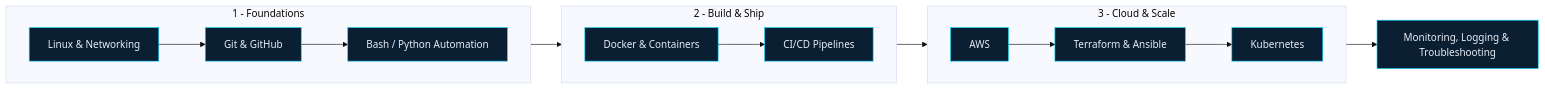
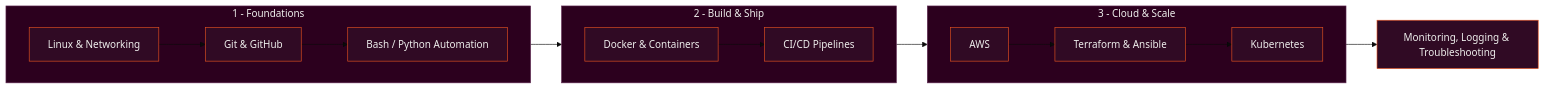
One commit to numaaannn/numaaannn changed the diagram in README.md. Above: the diagram before and after it, drawn with Mermaid (base theme). The commit also changed other lines of this file, not shown here.

````diff
--- a/README.md
+++ b/README.md
@@ -39,21 +39,24 @@
 ```mermaid
 flowchart LR
     subgraph S1["1 - Foundations"]
         direction LR
         A["Linux & Networking"] --> B["Git & GitHub"] --> C["Bash / Python Automation"]
     end
     subgraph S2["2 - Build & Ship"]
         direction LR
         D["Docker & Containers"] --> E["CI/CD Pipelines"]
     end
     subgraph S3["3 - Cloud & Scale"]
         direction LR
         F["AWS"] --> G["Terraform & Ansible"] --> H["Kubernetes"]
     end
     I["Monitoring, Logging & Troubleshooting"]
 
     S1 --> S2 --> S3 --> I
 
-    classDef node fill:#0B1F33,stroke:#00D4FF,color:#E6EDF3;
+    classDef node fill:#300A24,stroke:#E95420,color:#EEEEEC;
+    style S1 fill:#2C001E,stroke:#5E2750,color:#EEEEEC
+    style S2 fill:#2C001E,stroke:#5E2750,color:#EEEEEC
+    style S3 fill:#2C001E,stroke:#5E2750,color:#EEEEEC
     class A,B,C,D,E,F,G,H,I node;
 ```
````
